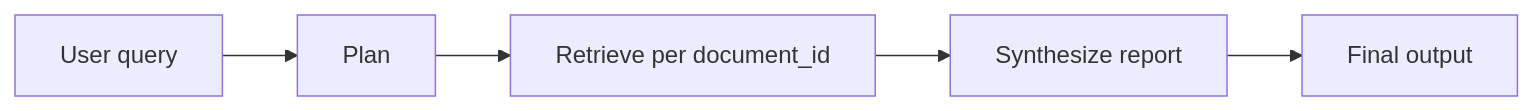
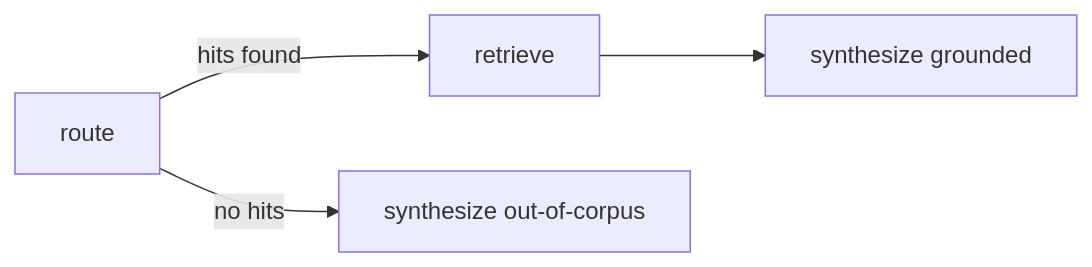
The second of 2 diagrams in README.md (maple3788/MultiDoc_Research_Agent), drawn with Mermaid before and after one commit. The commit also changed other lines of this file and 9 other files, not shown here.

First line of the commit message:
Route research agent via summary FAISS; document pipeline in README

````diff
--- a/README.md
+++ b/README.md
@@ -7,7 +39,6 @@
 ```mermaid
 flowchart LR
-  Q[User query] --> P[Plan]
-  P --> R[Retrieve per document_id]
-  R --> S[Synthesize report]
-  S --> O[Final output]
+  R[route] -->|hits found| RV[retrieve]
+  R -->|no hits| SY[synthesize out-of-corpus]
+  RV --> SY2[synthesize grounded]
 ```
````
